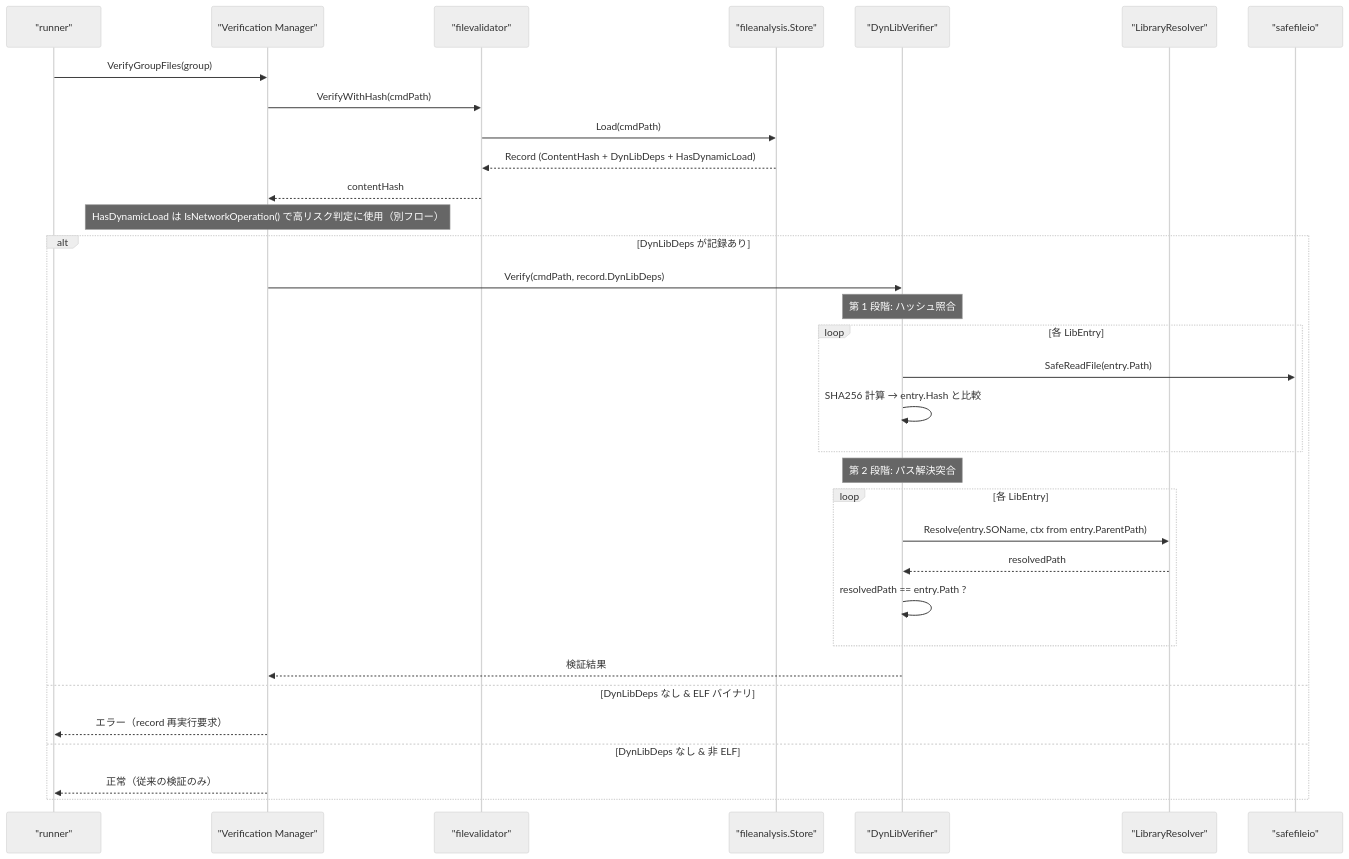
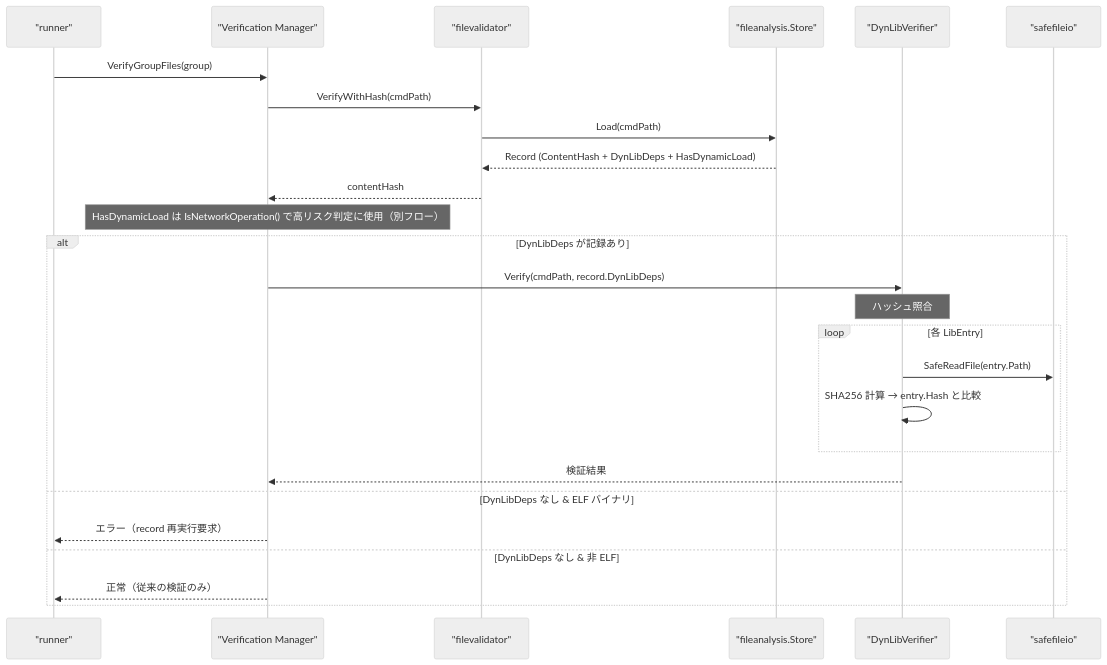
One commit to isseis/go-safe-cmd-runner changed the fourth of 11 diagrams in docs/tasks/0074_elf_dynlib_integrity/02_architecture.md. Above: the diagram before and after it, drawn with Mermaid (neutral theme). The commit also changed other lines of this file and 3 other files, not shown here.

First line of the commit message:
Update task docs to reflect CurrentSchemaVersion=2 and no-Stage-2 design

````diff
--- a/docs/tasks/0074_elf_dynlib_integrity/02_architecture.md
+++ b/docs/tasks/0074_elf_dynlib_integrity/02_architecture.md
@@ -158,40 +157,32 @@
 ```mermaid
 sequenceDiagram
     participant RUN as "runner"
     participant VM as "Verification Manager"
     participant FV as "filevalidator"
     participant FAS as "fileanalysis.Store"
     participant DLV as "DynLibVerifier"
-    participant LR as "LibraryResolver"
     participant SFO as "safefileio"
 
     RUN->>VM: VerifyGroupFiles(group)
     VM->>FV: VerifyWithHash(cmdPath)
     FV->>FAS: Load(cmdPath)
     FAS-->>FV: Record (ContentHash + DynLibDeps + HasDynamicLoad)
     FV-->>VM: contentHash
 
     Note over VM: HasDynamicLoad は IsNetworkOperation() で高リスク判定に使用（別フロー）
     alt DynLibDeps が記録あり
         VM->>DLV: Verify(cmdPath, record.DynLibDeps)
 
-        Note over DLV: 第 1 段階: ハッシュ照合
+        Note over DLV: ハッシュ照合
         loop 各 LibEntry
             DLV->>SFO: SafeReadFile(entry.Path)
             DLV->>DLV: SHA256 計算 → entry.Hash と比較
-        end
-
-        Note over DLV: 第 2 段階: パス解決突合
-        loop 各 LibEntry
-            DLV->>LR: Resolve(entry.SOName, ctx from entry.ParentPath)
-            LR-->>DLV: resolvedPath
-            DLV->>DLV: resolvedPath == entry.Path ?
         end
 
         DLV-->>VM: 検証結果
     else DynLibDeps なし & ELF バイナリ
         VM-->>RUN: エラー（record 再実行要求）
     else DynLibDeps なし & 非 ELF
         VM-->>RUN: 正常（従来の検証のみ）
     end
 ```
````
